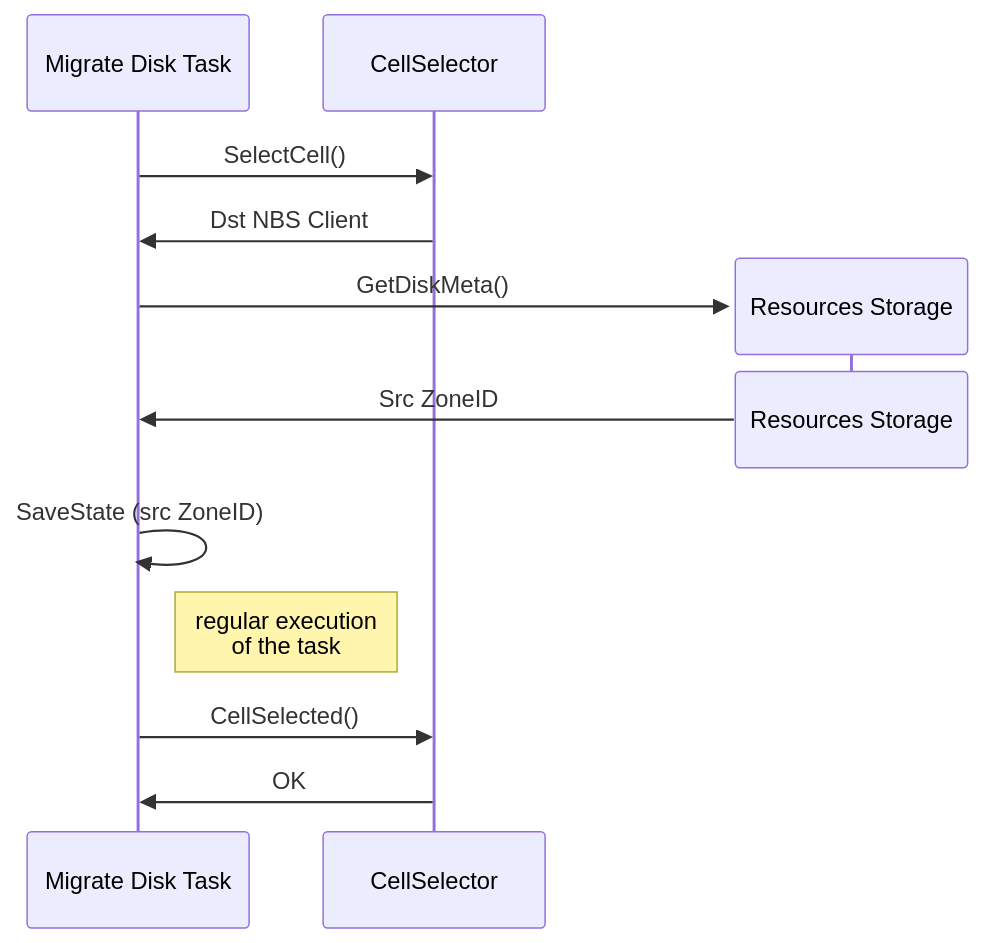
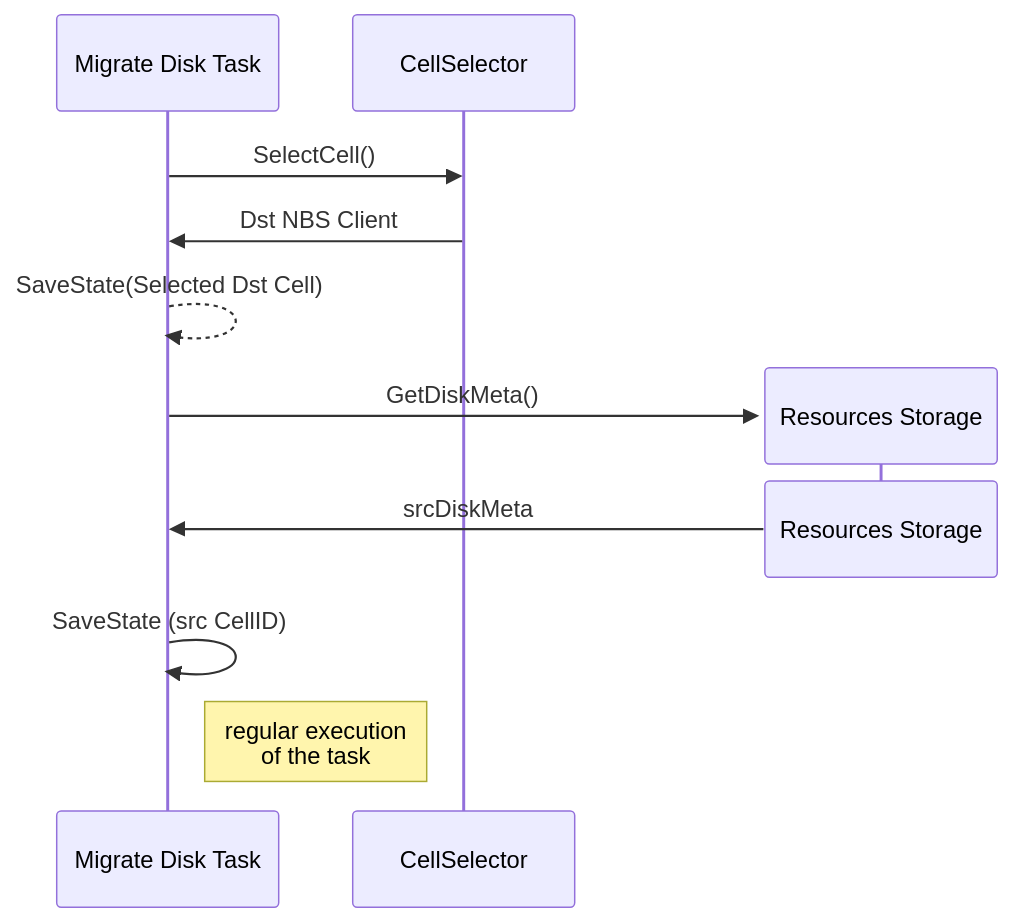
Before and after one commit to ydb-platform/nbs: the third of 4 diagrams in doc/disk_manager/cells/design_doc.md, drawn with Mermaid. The commit also changed other lines of this file, not shown here.

````diff
--- a/doc/disk_manager/cells/design_doc.md
+++ b/doc/disk_manager/cells/design_doc.md
@@ -129,19 +131,18 @@
 ```mermaid
 sequenceDiagram
     participant migrateTask as Migrate Disk Task
     participant CellSelector
 
     migrateTask->>CellSelector:SelectCell()
     CellSelector->>migrateTask:Dst NBS Client
 
+    migrateTask-->>migrateTask:SaveState(Selected Dst Cell)
+
     create participant storage as Resources Storage
     migrateTask->>storage:GetDiskMeta()
     destroy storage
-    storage->>migrateTask:Src ZoneID
+    storage->>migrateTask: srcDiskMeta
 
-    migrateTask->>migrateTask: SaveState (src ZoneID)
+    migrateTask->>migrateTask: SaveState (src CellID)
     Note right of migrateTask: regular execution <br> of the task
-
-    migrateTask->>CellSelector:CellSelected()
-    CellSelector->>migrateTask:OK
 ```
````
